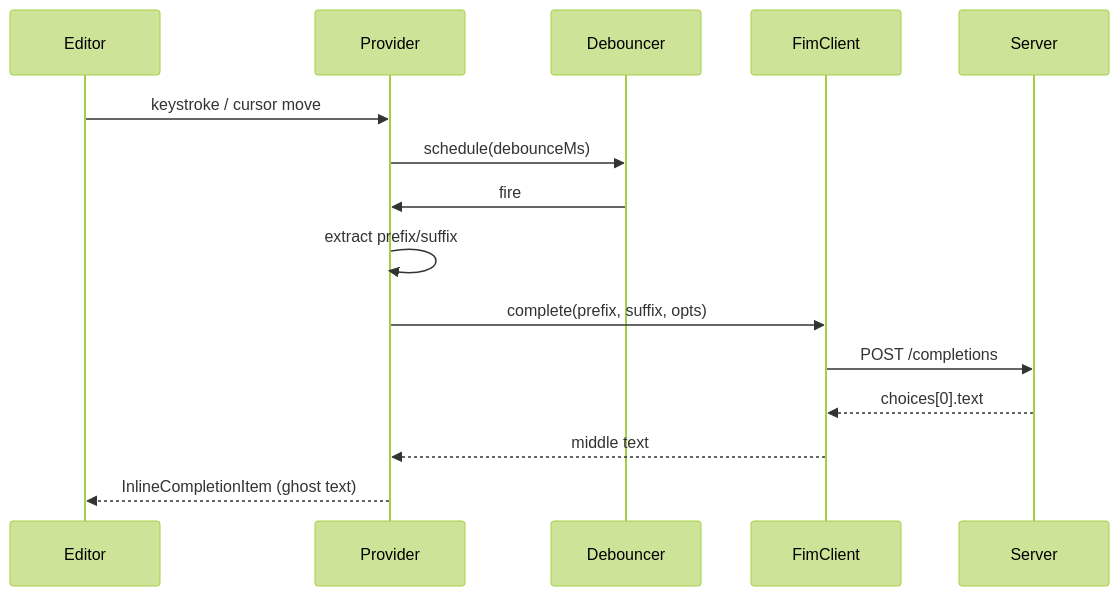
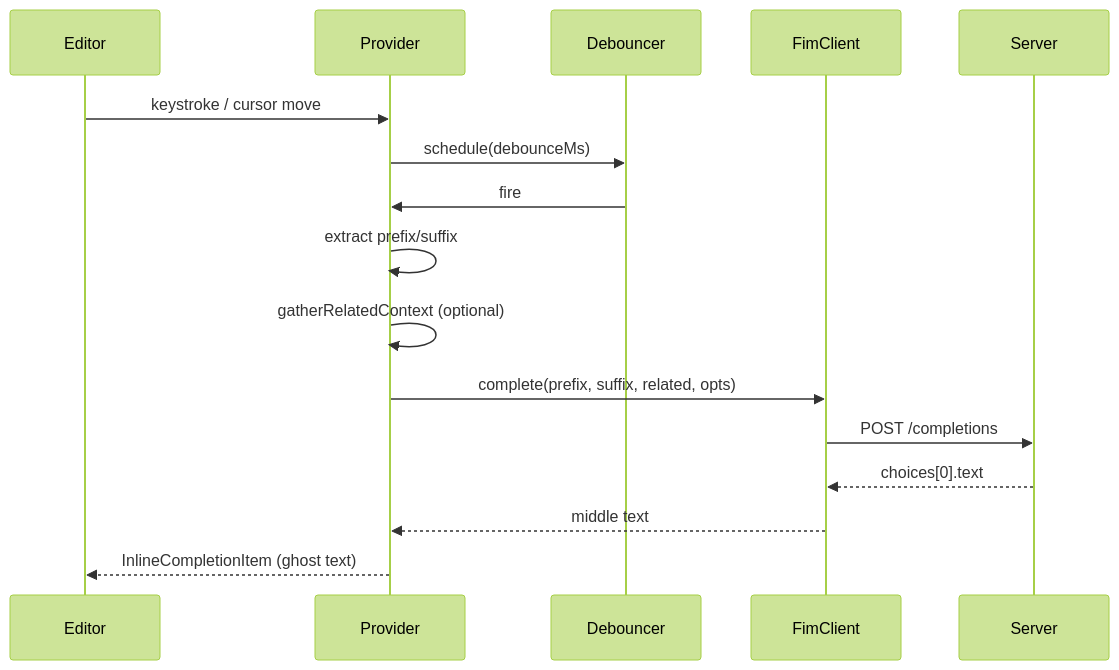
The diagram in docs/SPECIFICATION.md (xsanz/vsc_ai_autocomplete), drawn with Mermaid (forest theme) before and after one commit. The commit also changed other lines of this file and 21 other files, not shown here.

````diff
--- a/docs/SPECIFICATION.md
+++ b/docs/SPECIFICATION.md
@@ -226,18 +235,19 @@
 ```mermaid
 sequenceDiagram
   participant Editor
   participant Provider
   participant Debouncer
   participant FimClient
   participant Server
 
   Editor->>Provider: keystroke / cursor move
   Provider->>Debouncer: schedule(debounceMs)
   Debouncer->>Provider: fire
   Provider->>Provider: extract prefix/suffix
-  Provider->>FimClient: complete(prefix, suffix, opts)
+  Provider->>Provider: gatherRelatedContext (optional)
+  Provider->>FimClient: complete(prefix, suffix, related, opts)
   FimClient->>Server: POST /completions
   Server-->>FimClient: choices[0].text
   FimClient-->>Provider: middle text
   Provider-->>Editor: InlineCompletionItem (ghost text)
 ```
````
